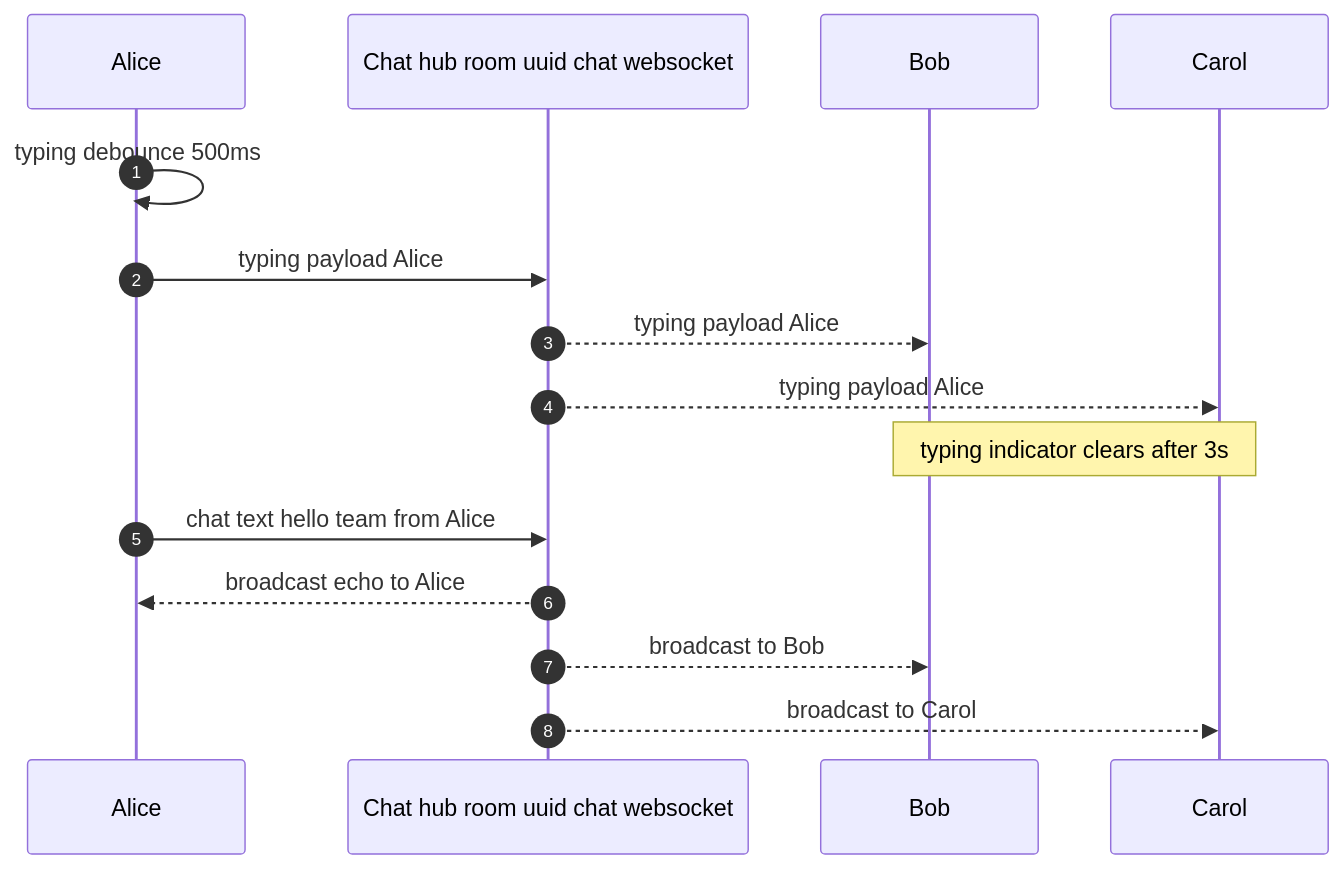
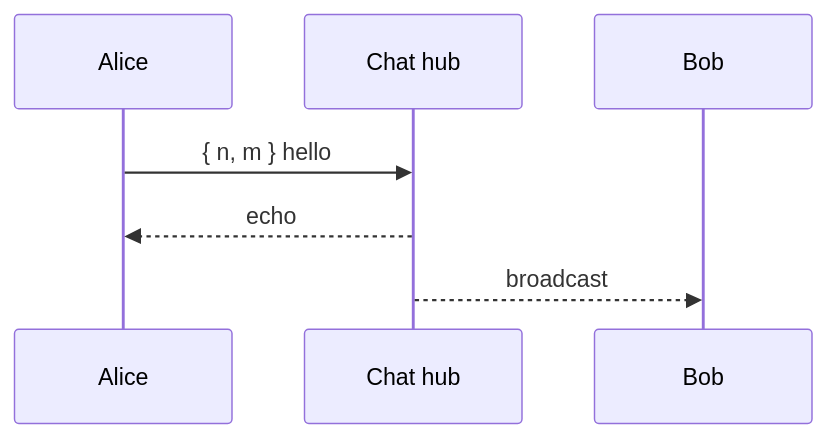
One commit to subhm2004/NexusRTC-Real-Time-Multi-Peer-Communication changed the fourth of 5 diagrams in README.md. Above: the diagram before and after it, drawn with Mermaid. The commit also changed other lines of this file, not shown here.

````diff
--- a/README.md
+++ b/README.md
@@ -373,19 +757,10 @@
 ```mermaid
 sequenceDiagram
-  autonumber
   participant A as Alice
-  participant H as Chat hub room uuid chat websocket
+  participant H as Chat hub
   participant B as Bob
-  participant C as Carol
 
-  A->>A: typing debounce 500ms
-  A->>H: typing payload Alice
-  H-->>B: typing payload Alice
-  H-->>C: typing payload Alice
-  Note over B,C: typing indicator clears after 3s
-
-  A->>H: chat text hello team from Alice
-  H-->>A: broadcast echo to Alice
-  H-->>B: broadcast to Bob
-  H-->>C: broadcast to Carol
+  A->>H: { n, m } hello
+  H-->>A: echo
+  H-->>B: broadcast
 ```
````
